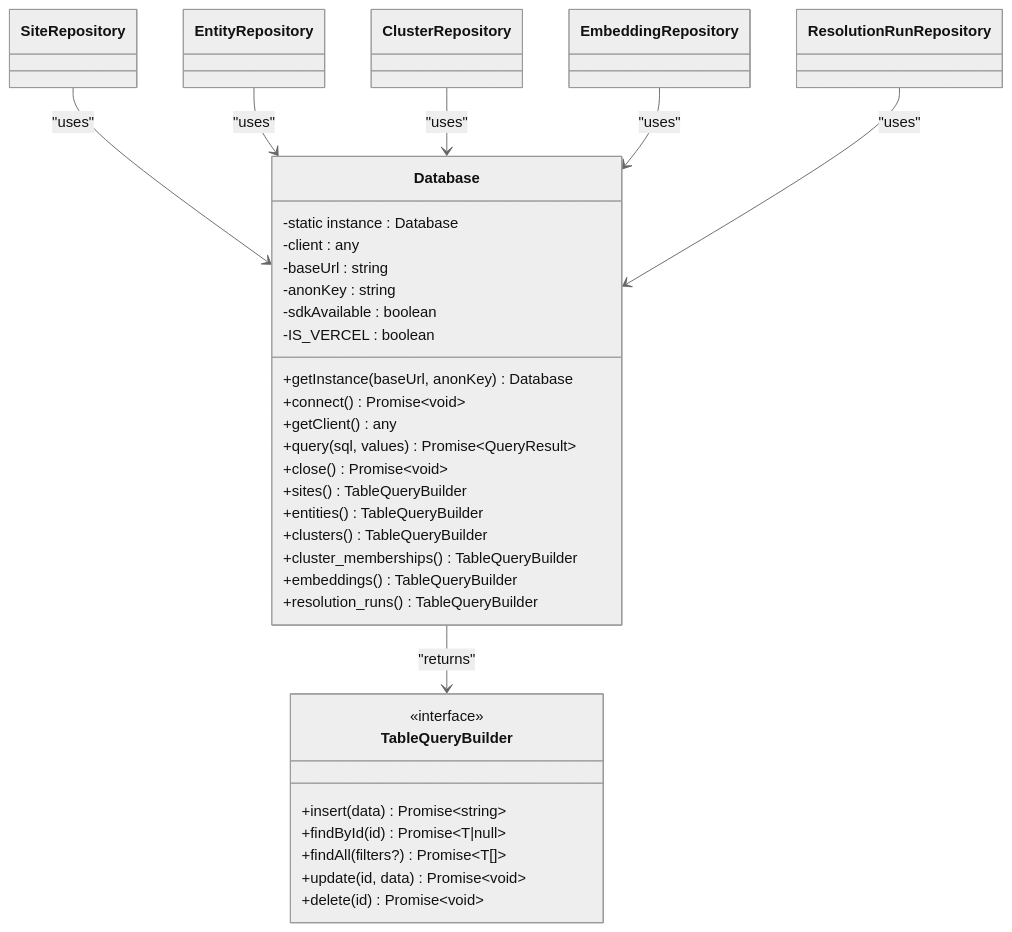
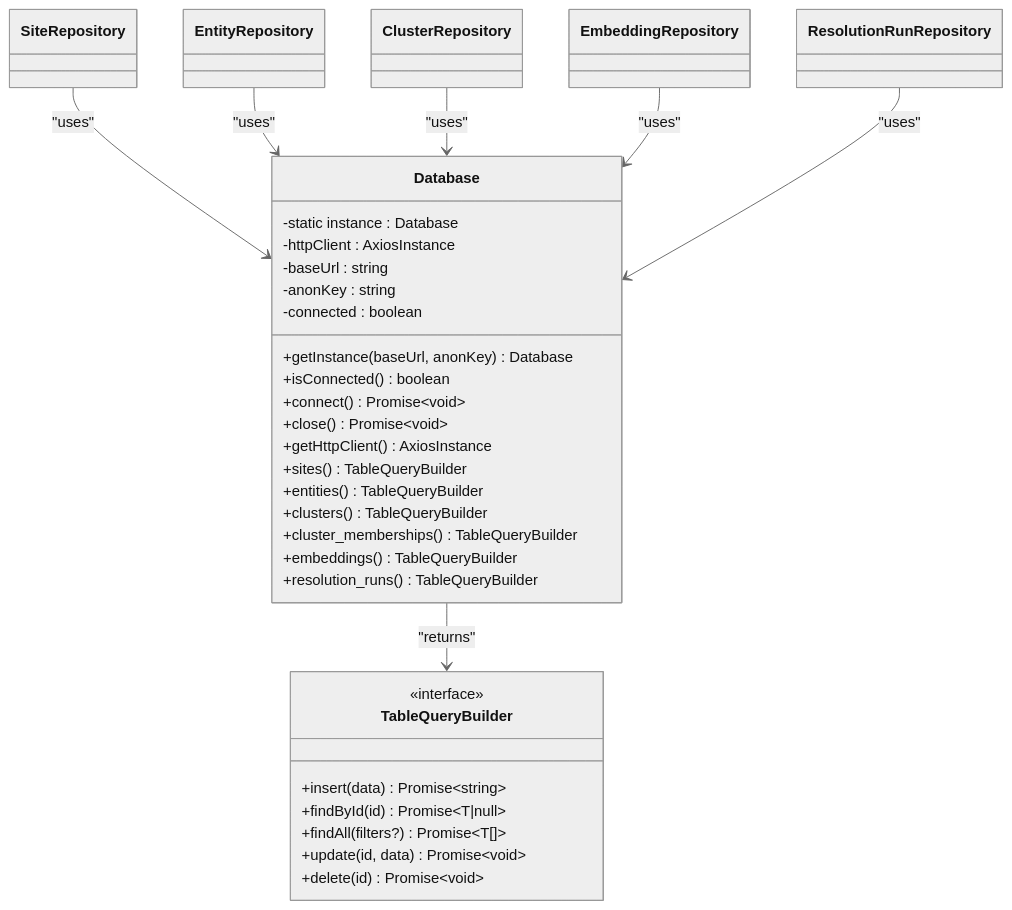
One commit to vishnusaibhosekar/ares changed the second of 6 diagrams in .qoder/repowiki/en/content/Repository Layer/Database Abstraction.md. Above: the diagram before and after it, drawn with Mermaid (neutral theme). The commit also changed other lines of this file and 10 other files, not shown here.

````diff
--- a/.qoder/repowiki/en/content/Repository Layer/Database Abstraction.md
+++ b/.qoder/repowiki/en/content/Repository Layer/Database Abstraction.md
@@ -127,41 +132,40 @@
 ```mermaid
 classDiagram
 class Database {
 -static instance : Database
--client : any
+-httpClient : AxiosInstance
 -baseUrl : string
 -anonKey : string
--sdkAvailable : boolean
--IS_VERCEL : boolean
+-connected : boolean
 +getInstance(baseUrl, anonKey) Database
++isConnected() boolean
 +connect() Promise~void~
-+getClient() any
-+query(sql, values) Promise~QueryResult~
 +close() Promise~void~
++getHttpClient() AxiosInstance
 +sites() TableQueryBuilder
 +entities() TableQueryBuilder
 +clusters() TableQueryBuilder
 +cluster_memberships() TableQueryBuilder
 +embeddings() TableQueryBuilder
 +resolution_runs() TableQueryBuilder
 }
 class TableQueryBuilder {
 <<interface>>
 +insert(data) Promise~string~
 +findById(id) Promise~T|null~
 +findAll(filters?) Promise~T[]~
 +update(id, data) Promise~void~
 +delete(id) Promise~void~
 }
 class SiteRepository
 class EntityRepository
 class ClusterRepository
 class EmbeddingRepository
 class ResolutionRunRepository
 SiteRepository --> Database : "uses"
 EntityRepository --> Database : "uses"
 ClusterRepository --> Database : "uses"
 EmbeddingRepository --> Database : "uses"
 ResolutionRunRepository --> Database : "uses"
 Database --> TableQueryBuilder : "returns"
 ```
````
